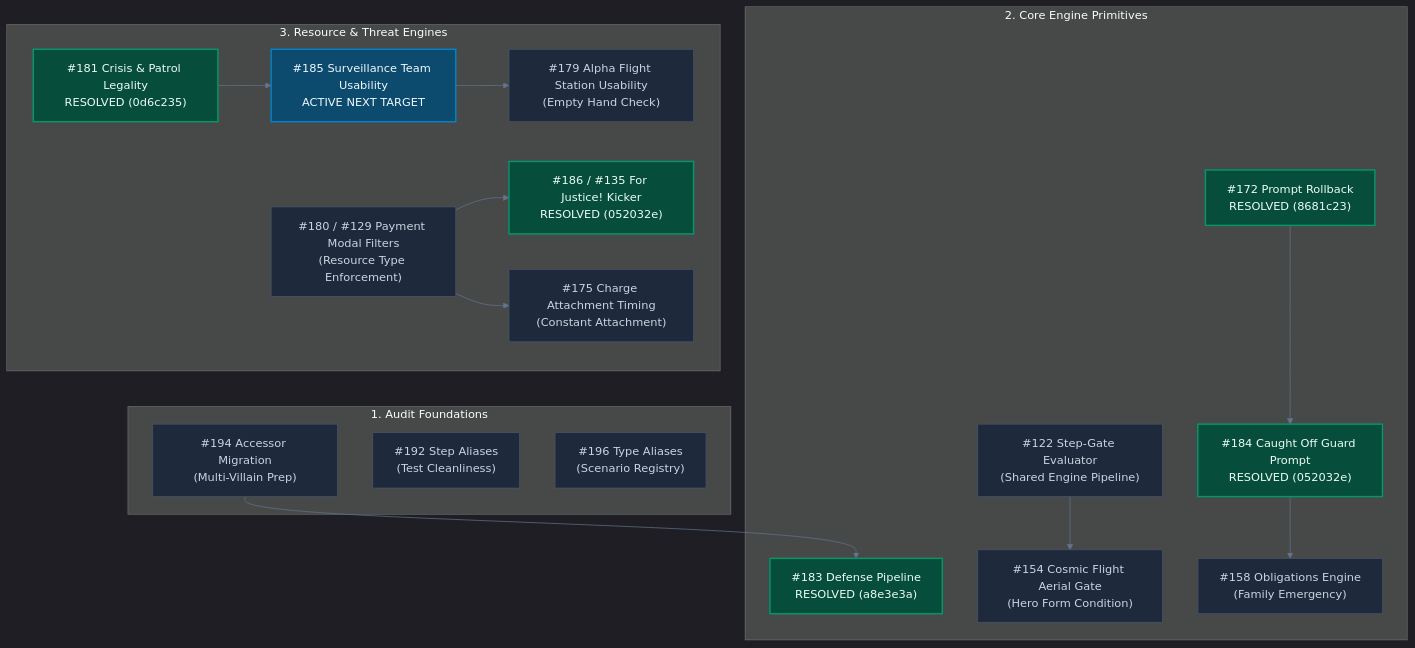
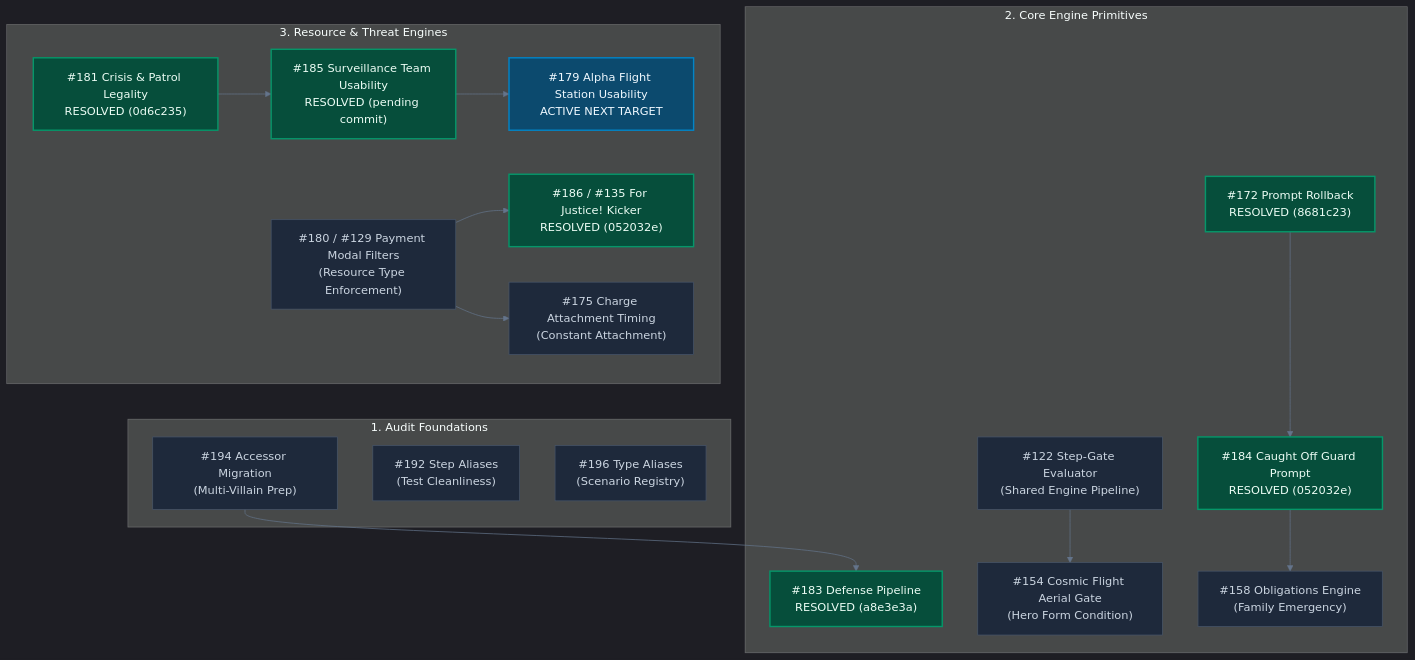
Before and after one commit to SteveRodrigue/MCD: the diagram in docs/backlog/teamwork_status_and_next_target.md, drawn with Mermaid. The commit also changed other lines of this file and 8 other files, not shown here.

````diff
--- a/docs/backlog/teamwork_status_and_next_target.md
+++ b/docs/backlog/teamwork_status_and_next_target.md
@@ -23,46 +23,46 @@
 ```mermaid
 %%{init: {'theme': 'dark', 'themeVariables': { 'darkMode': true, 'background': '#0b0f19', 'primaryColor': '#1e293b', 'primaryTextColor': '#f8fafc', 'primaryBorderColor': '#475569', 'lineColor': '#64748b', 'secondaryColor': '#0f172a', 'tertiaryColor': '#1e293b' }}}%%
 flowchart TD
     subgraph AuditFoundations["1. Audit Foundations"]
         I194["#194 Accessor Migration<br/>(Multi-Villain Prep)"]
         I192["#192 Step Aliases<br/>(Test Cleanliness)"]
         I196["#196 Type Aliases<br/>(Scenario Registry)"]
     end
 
     subgraph CoreEngine["2. Core Engine Primitives"]
         I183["#183 Defense Pipeline<br/>RESOLVED (a8e3e3a)"]
         I172["#172 Prompt Rollback<br/>RESOLVED (8681c23)"]
         I184["#184 Caught Off Guard Prompt<br/>RESOLVED (052032e)"]
         I122["#122 Step-Gate Evaluator<br/>(Shared Engine Pipeline)"]
         I154["#154 Cosmic Flight Aerial Gate<br/>(Hero Form Condition)"]
         I158["#158 Obligations Engine<br/>(Family Emergency)"]
     end
 
     subgraph ResourceThreat["3. Resource & Threat Engines"]
         I181["#181 Crisis & Patrol Legality<br/>RESOLVED (0d6c235)"]
         I186["#186 / #135 For Justice! Kicker<br/>RESOLVED (052032e)"]
         I180["#180 / #129 Payment Modal Filters<br/>(Resource Type Enforcement)"]
-        I185["#185 Surveillance Team Usability<br/>ACTIVE NEXT TARGET"]
-        I179["#179 Alpha Flight Station Usability<br/>(Empty Hand Check)"]
+        I185["#185 Surveillance Team Usability<br/>RESOLVED (pending commit)"]
+        I179["#179 Alpha Flight Station Usability<br/>ACTIVE NEXT TARGET"]
         I175["#175 Charge Attachment Timing<br/>(Constant Attachment)"]
     end
 
     %% Dependencies & Flows
     I194 --> I183
     I172 --> I184
     I184 --> I158
     I122 --> I154
     I181 --> I185
     I185 --> I179
     I180 --> I186
     I180 --> I175
 
     %% Dark Mode Styles
     classDef resolved fill:#064e3b,stroke:#059669,stroke-width:2px,color:#ecfdf5;
     classDef active fill:#0c4a6e,stroke:#0284c7,stroke-width:2px,color:#f0f9ff;
     classDef open fill:#1e293b,stroke:#475569,stroke-width:1px,color:#cbd5e1;
 
-    class I183,I172,I184,I181,I186 resolved;
-    class I185 active;
-    class I194,I192,I196,I122,I154,I158,I180,I179,I175 open;
+    class I183,I172,I184,I181,I186,I185 resolved;
+    class I179 active;
+    class I194,I192,I196,I122,I154,I158,I180,I175 open;
 ```
````
